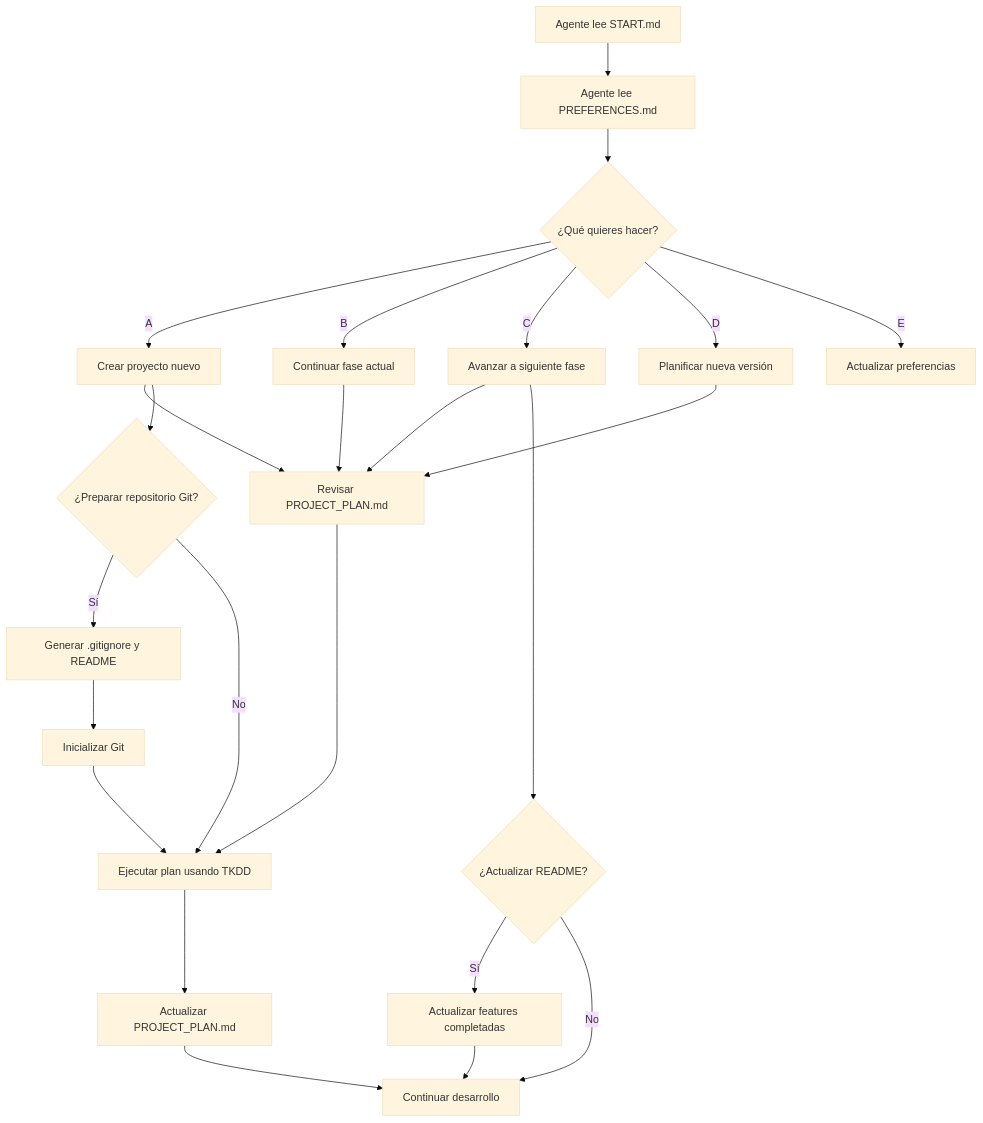
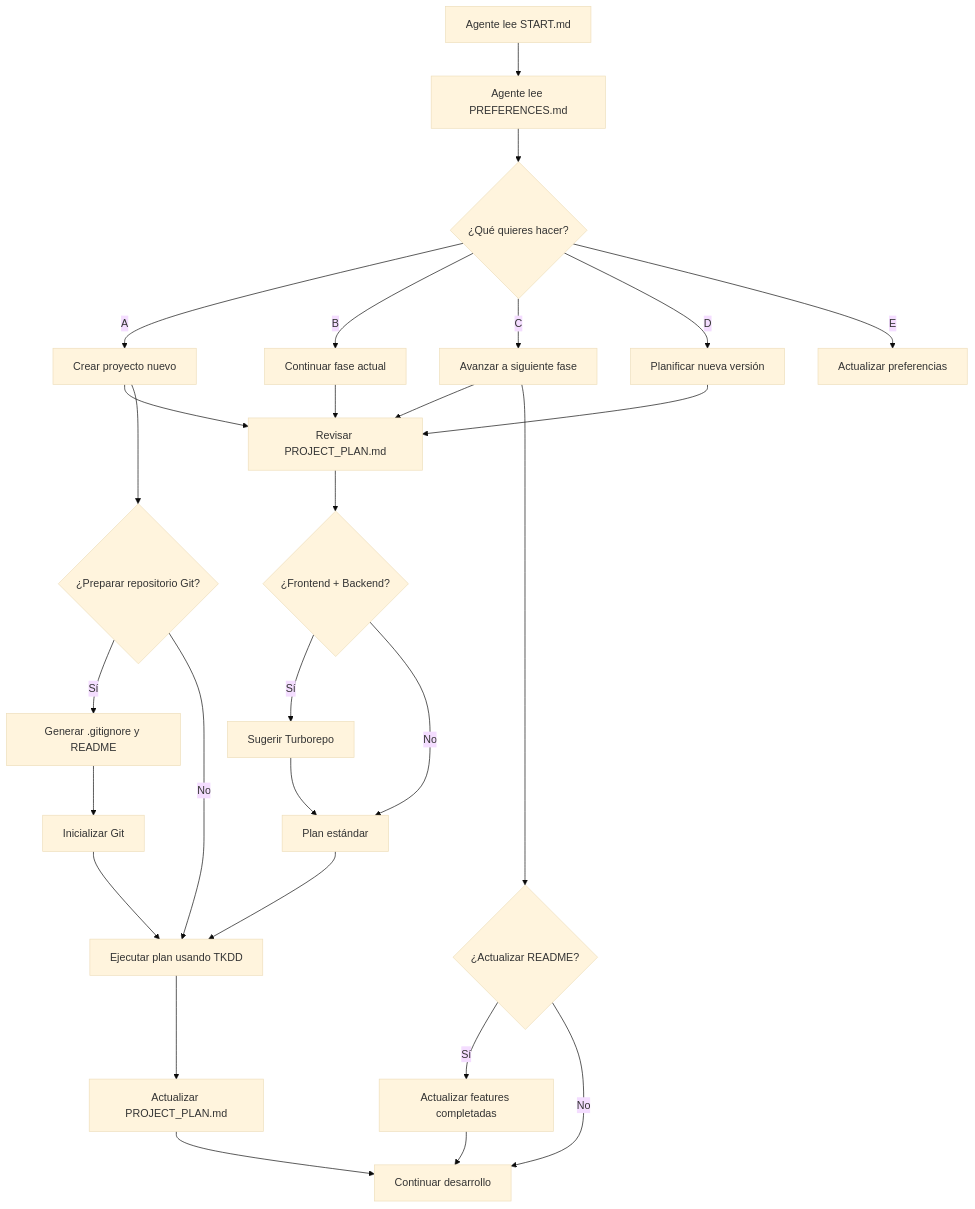
Before and after one commit to nimbomx/CADD: the diagram in CADD.md, drawn with Mermaid (base theme). The commit also changed other lines of this file, not shown here.

First line of the commit message:
docs: update CADD.md with v1.2.0 features

````diff
--- a/CADD.md
+++ b/CADD.md
@@ -30,31 +30,35 @@
 ```mermaid
 flowchart TD
     A[Agente lee START.md] --> B[Agente lee PREFERENCES.md]
     B --> C{¿Qué quieres hacer?}
     C -->|A| D[Crear proyecto nuevo]
     C -->|B| E[Continuar fase actual]
     C -->|C| F[Avanzar a siguiente fase]
     C -->|D| G[Planificar nueva versión]
     C -->|E| H[Actualizar preferencias]
     
     D --> I[Revisar PROJECT_PLAN.md]
     E --> I
     F --> I
     G --> I
     
-    I --> J[Ejecutar plan usando TKDD]
+    I --> J{¿Frontend + Backend?}
+    J -->|Sí| K[Sugerir Turborepo]
+    J -->|No| L[Plan estándar]
+    K --> L
+    L --> M[Ejecutar plan usando TKDD]
     
-    D --> K{¿Preparar repositorio Git?}
-    K -->|Sí| L[Generar .gitignore y README]
-    K -->|No| J
-    L --> M[Inicializar Git]
-    M --> J
+    D --> N{¿Preparar repositorio Git?}
+    N -->|Sí| O[Generar .gitignore y README]
+    N -->|No| M
+    O --> P[Inicializar Git]
+    P --> M
     
-    F --> N{¿Actualizar README?}
-    N -->|Sí| O[Actualizar features completadas]
-    N -->|No| P[Continuar desarrollo]
-    O --> P
+    F --> Q{¿Actualizar README?}
+    Q -->|Sí| R[Actualizar features completadas]
+    Q -->|No| S[Continuar desarrollo]
+    R --> S
     
-    J --> Q[Actualizar PROJECT_PLAN.md]
-    Q --> P
+    M --> T[Actualizar PROJECT_PLAN.md]
+    T --> S
 ```
````
